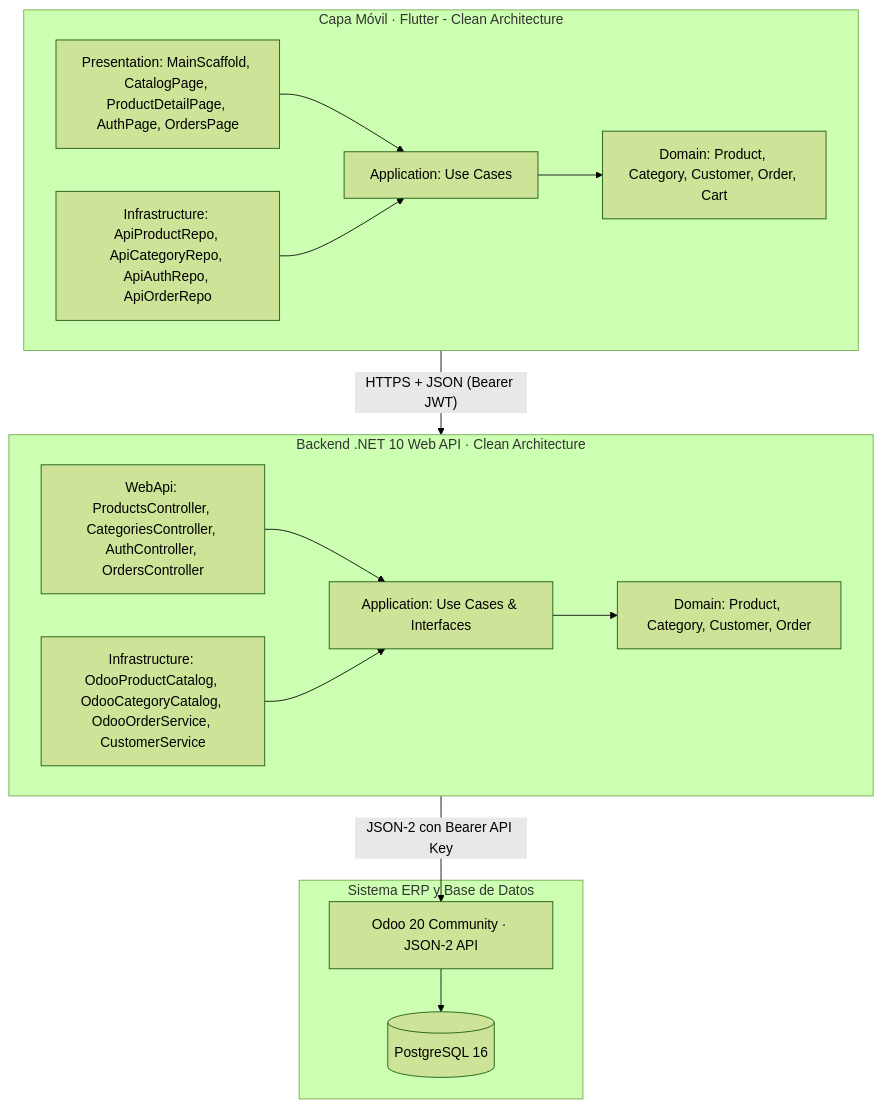
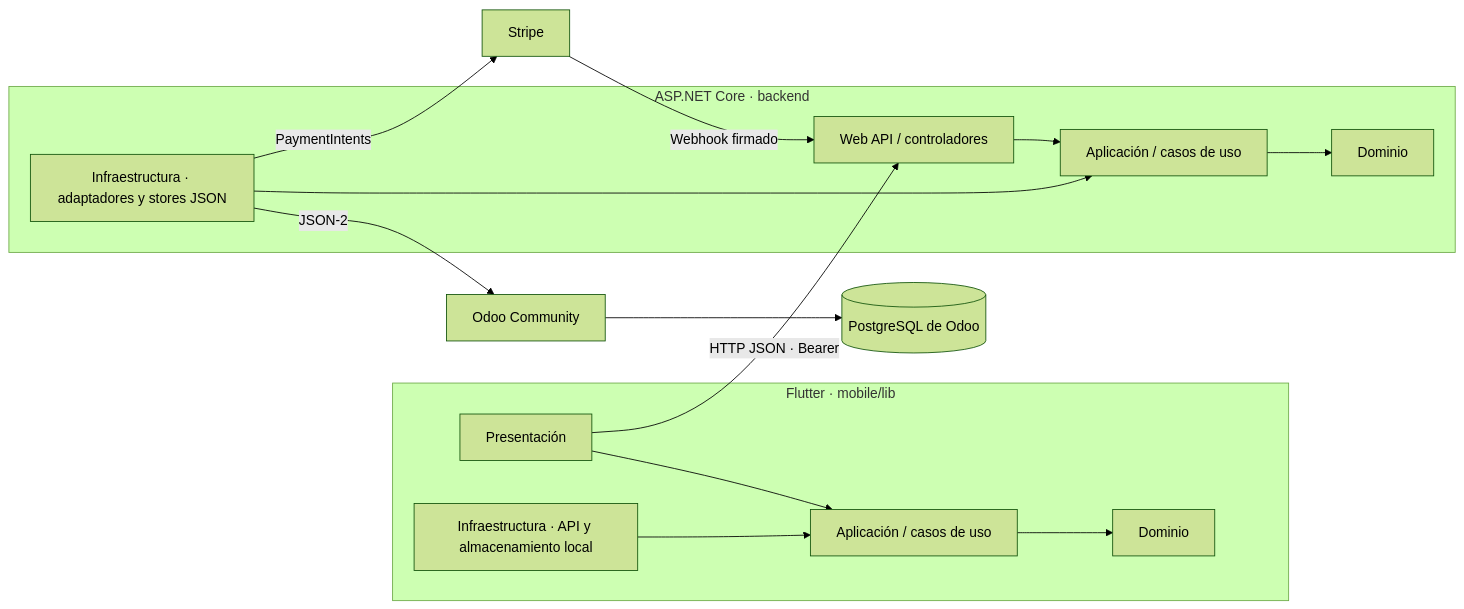
One commit to JuanVillarrealWt/Ecommerce changed the first of 2 diagrams in docs/arquitectura.md. Above: the diagram before and after it, drawn with Mermaid (forest theme). The commit also changed other lines of this file and 111 other files, not shown here.

````diff
--- a/docs/arquitectura.md
+++ b/docs/arquitectura.md
@@ -3,21 +5,18 @@
 ```mermaid
-flowchart TD
-  subgraph Mobile[Capa Móvil · Flutter - Clean Architecture]
-    UI[Presentation: MainScaffold, CatalogPage, ProductDetailPage, AuthPage, OrdersPage] --> UC[Application: Use Cases]
-    UC --> DM[Domain: Product, Category, Customer, Order, Cart]
-    INF_M[Infrastructure: ApiProductRepo, ApiCategoryRepo, ApiAuthRepo, ApiOrderRepo] --> UC
+flowchart LR
+  subgraph Mobile[Flutter · mobile/lib]
+    UI[Presentación] --> UC[Aplicación / casos de uso]
+    UC --> D[Dominio]
+    I[Infraestructura · API y almacenamiento local] --> UC
   end
-
-  subgraph Backend[Backend .NET 10 Web API · Clean Architecture]
-    CTRL[WebApi: ProductsController, CategoriesController, AuthController, OrdersController] --> APP[Application: Use Cases & Interfaces]
-    APP --> DOM[Domain: Product, Category, Customer, Order]
-    INF_B[Infrastructure: OdooProductCatalog, OdooCategoryCatalog, OdooOrderService, CustomerService] --> APP
+  subgraph API[ASP.NET Core · backend]
+    C[Web API / controladores] --> A[Aplicación / casos de uso]
+    A --> DOM[Dominio]
+    INF[Infraestructura · adaptadores y stores JSON] --> A
   end
-
-  subgraph ERP[Sistema ERP y Base de Datos]
-    ODOO[Odoo 20 Community · JSON-2 API] --> PG[(PostgreSQL 16)]
-  end
-
-  Mobile -- HTTPS + JSON (Bearer JWT) --> Backend
-  Backend -- JSON-2 con Bearer API Key --> ODOO
+  UI -->|HTTP JSON · Bearer| C
+  INF -->|JSON-2| O[Odoo Community]
+  O --> DB[(PostgreSQL de Odoo)]
+  INF -->|PaymentIntents| S[Stripe]
+  S -->|Webhook firmado| C
 ```
````
